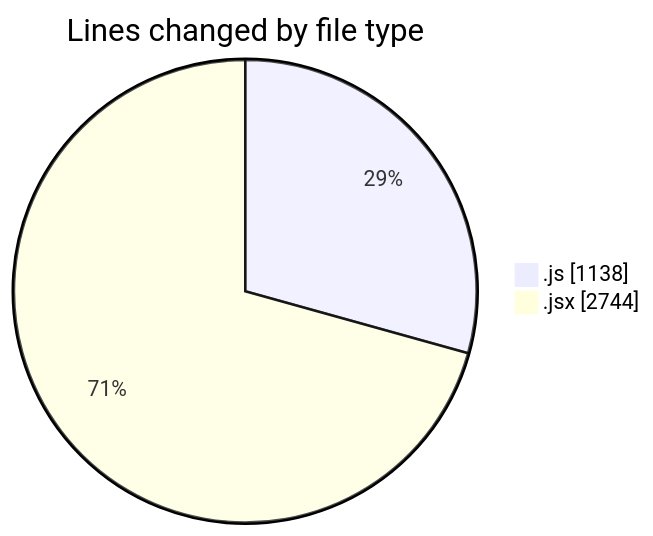
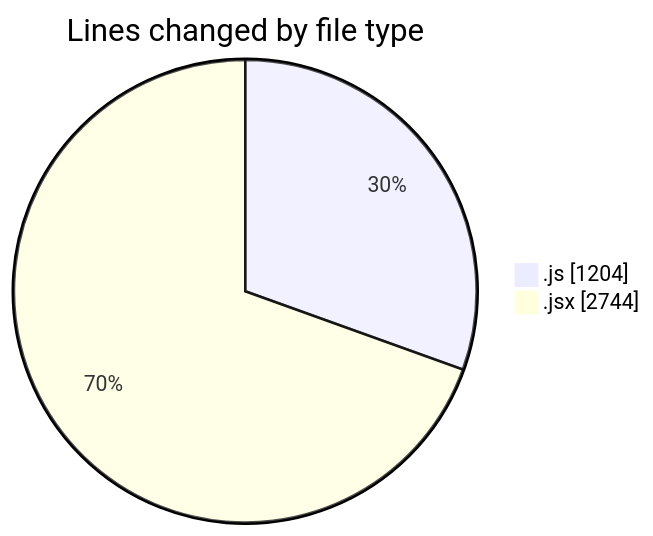
One commit to nxtqubesakshisongat/code-tracking changed the first of 2 diagrams in 2025-12-31/nxtqube_webapp/README.md. Above: the diagram before and after it, drawn with Mermaid. The commit also changed other lines of this file and 1 other file, not shown here.

````diff
--- a/2025-12-31/nxtqube_webapp/README.md
+++ b/2025-12-31/nxtqube_webapp/README.md
@@ -26,6 +27,6 @@
 ```mermaid
 pie showData
 title Lines changed by file type
-".js" : 1138
+".js" : 1204
 ".jsx" : 2744
 ```
````
